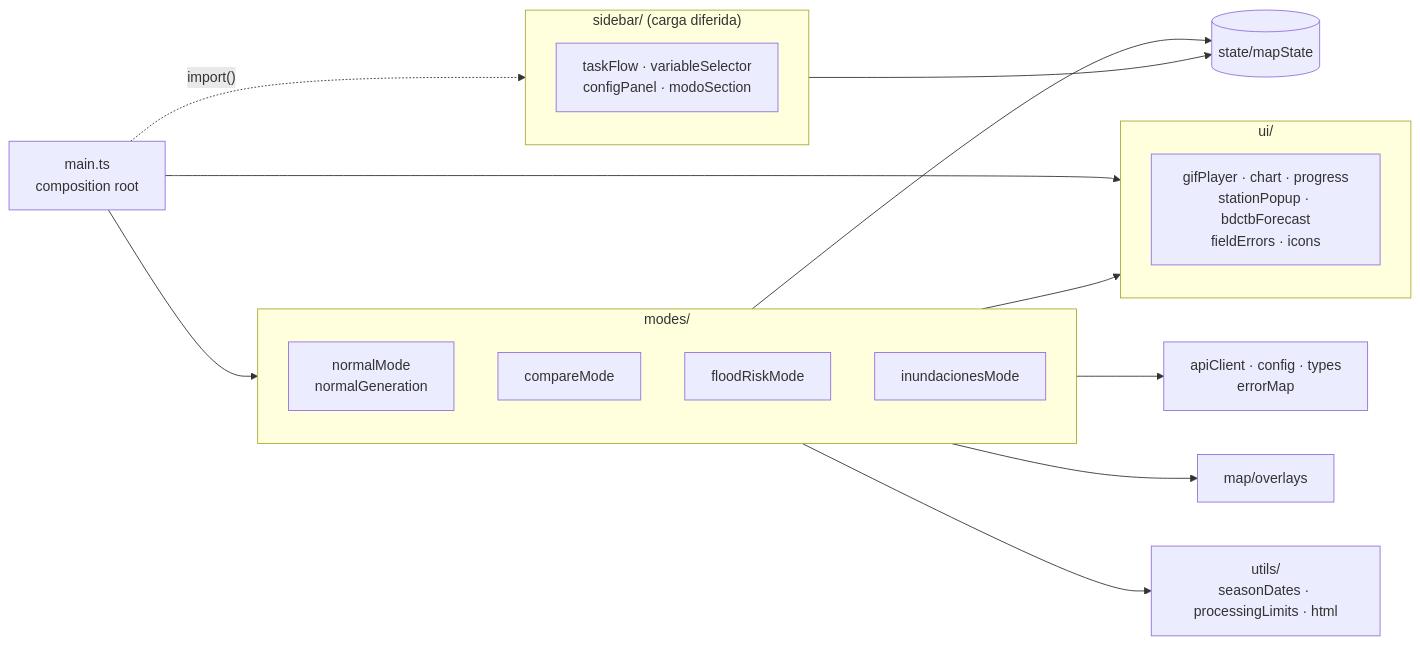
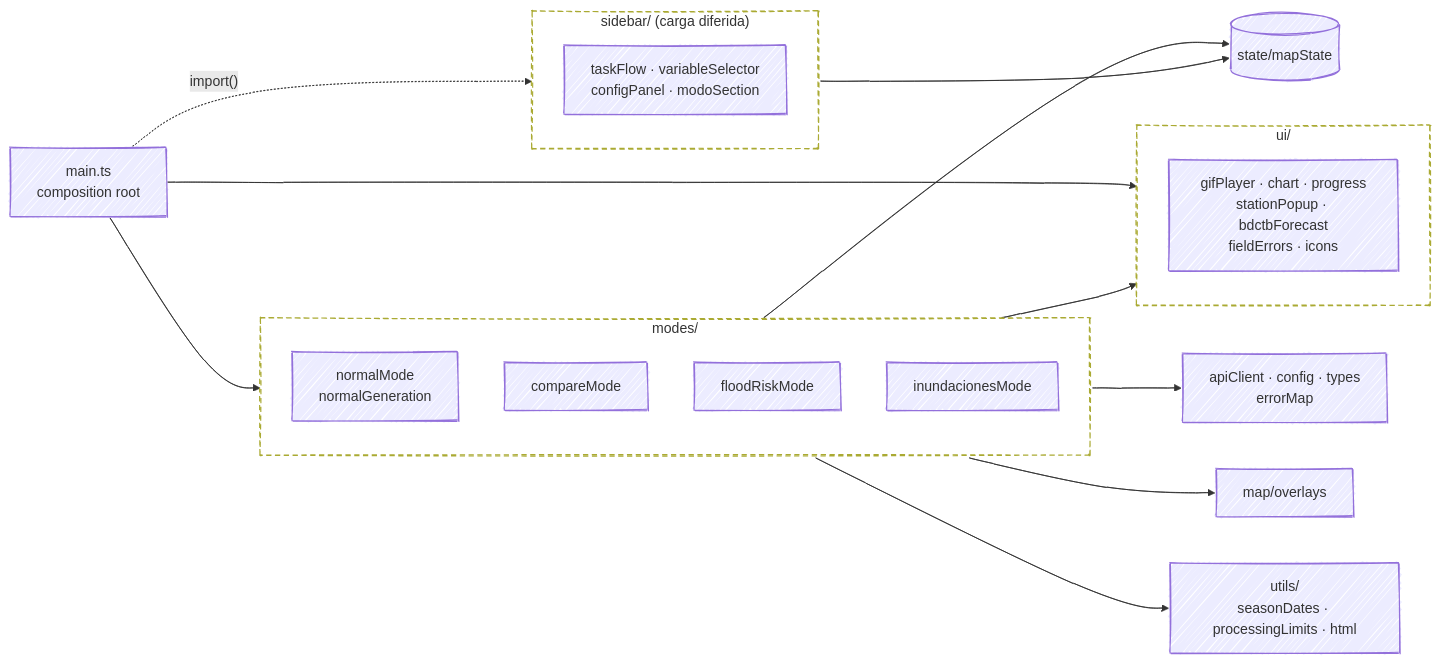
The seventh of 7 diagrams in README.md (ElGuill3/distributionMapApp), drawn with Mermaid before and after one commit. The commit also changed other lines of this file and 1 other file, not shown here.

Commit message:
docs: render Mermaid diagrams with the hand-drawn look and transparent groups

````diff
--- a/README.md
+++ b/README.md
@@ -395,29 +418,36 @@
 ```mermaid
+---
+config:
+  look: handDrawn
+---
 flowchart LR
     main["main.ts<br/>composition root"]
     subgraph modes["modes/"]
         normal["normalMode<br/>normalGeneration"]
         compare["compareMode"]
         risk["floodRiskMode"]
         inund["inundacionesMode"]
     end
     subgraph sidebar["sidebar/ (carga diferida)"]
         side["taskFlow · variableSelector<br/>configPanel · modoSection"]
     end
     subgraph ui["ui/"]
         uimods["gifPlayer · chart · progress<br/>stationPopup · bdctbForecast<br/>fieldErrors · icons"]
     end
     state[("state/mapState")]
     api["apiClient · config · types<br/>errorMap"]
     map["map/overlays"]
     utils["utils/<br/>seasonDates · processingLimits · html"]
     main --> modes
     main -. "import()" .-> sidebar
     main --> ui
     modes --> state
     sidebar --> state
     modes --> ui
     modes --> api
     modes --> map
     modes --> utils
+    style modes fill:transparent,stroke-dasharray:6 4
+    style sidebar fill:transparent,stroke-dasharray:6 4
+    style ui fill:transparent,stroke-dasharray:6 4
 ```
````
